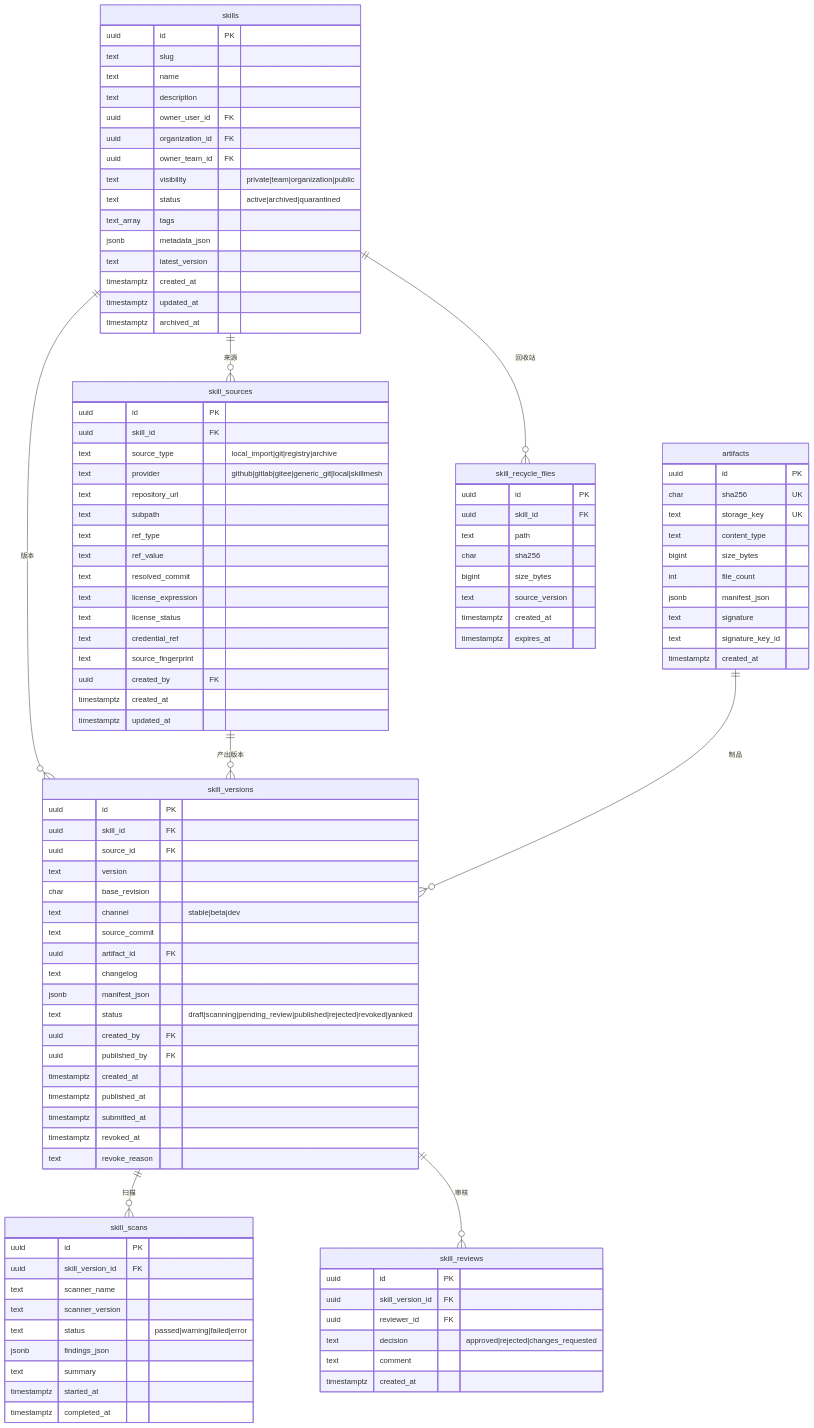
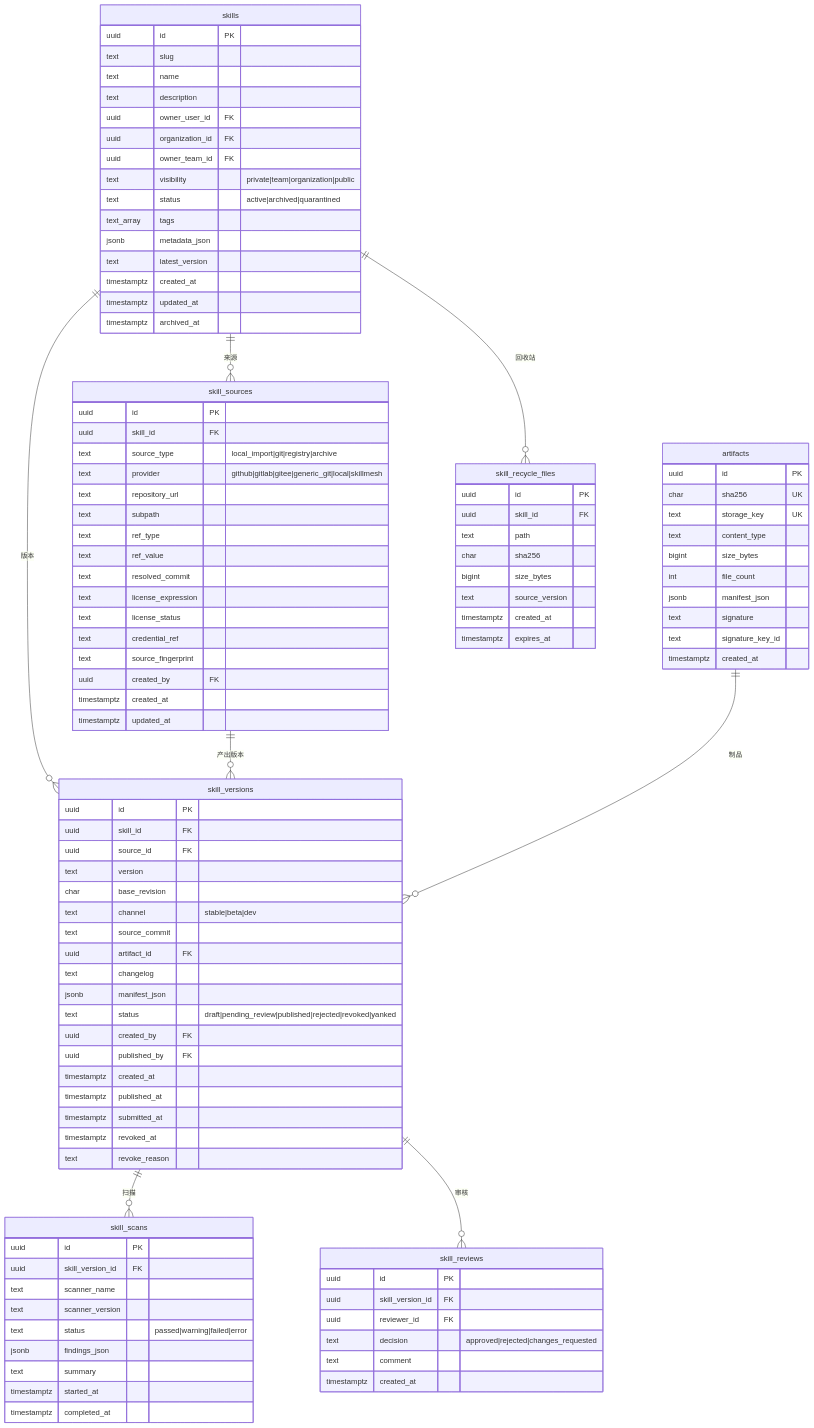
One commit to handaome/skillMesh changed the second of 5 diagrams in docs/数据库ER图.md. Above: the diagram before and after it, drawn with Mermaid. The commit also changed 13 other files, not shown here.

```diff
--- a/docs/数据库ER图.md
+++ b/docs/数据库ER图.md
@@ -155,7 +155,7 @@
         uuid artifact_id FK
         text changelog
         jsonb manifest_json
-        text status "draft|scanning|pending_review|published|rejected|revoked|yanked"
+        text status "draft|pending_review|published|rejected|revoked|yanked"
         uuid created_by FK
         uuid published_by FK
         timestamptz created_at
```
